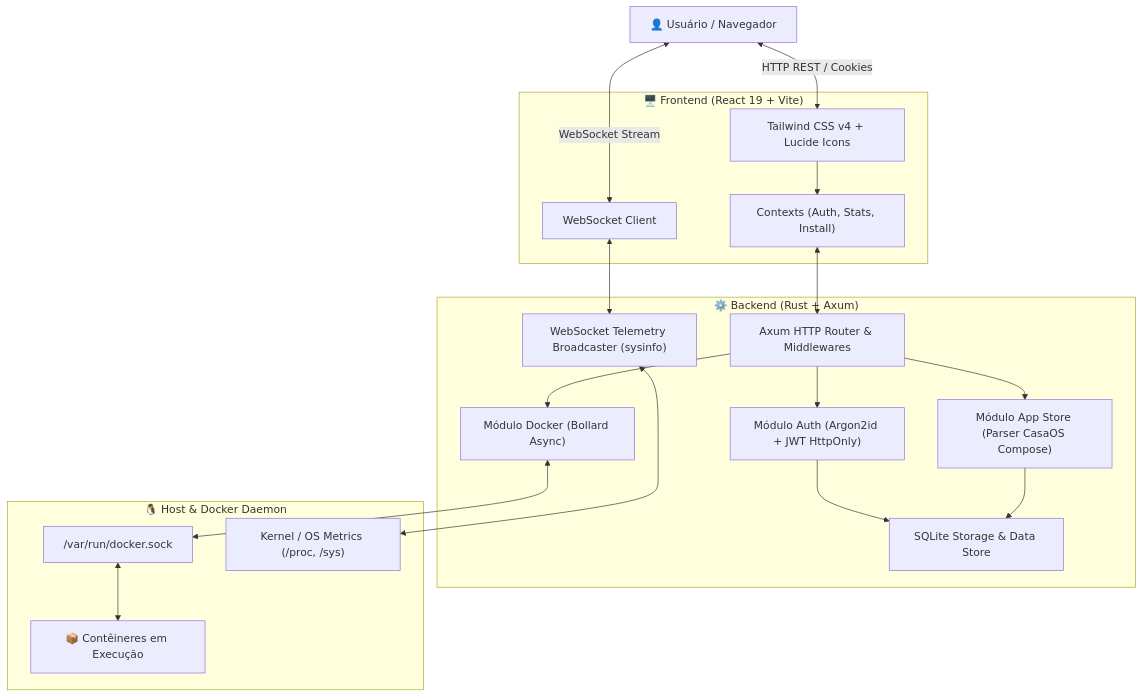
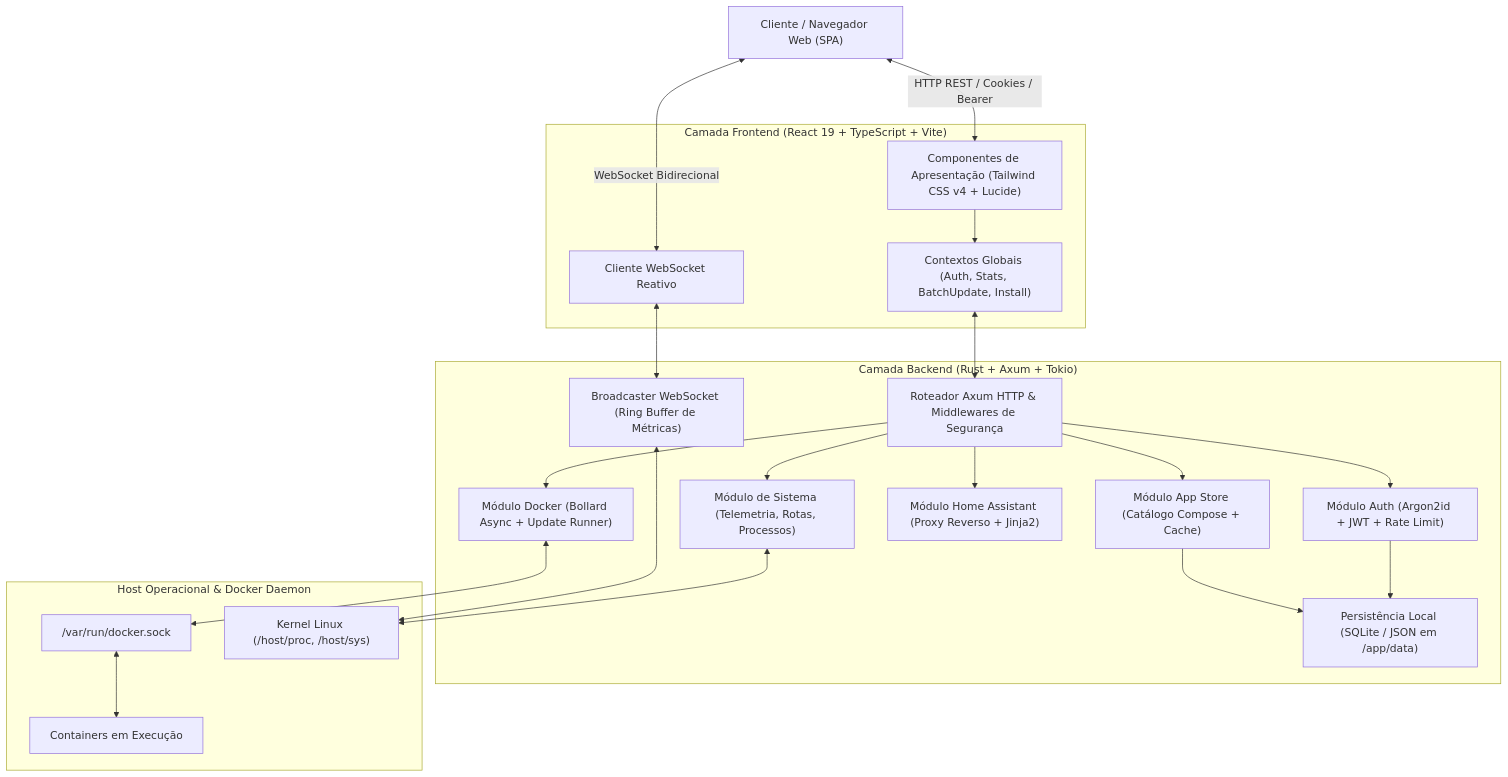
The diagram in docs/ARCHITECTURE.md (Andrevictor20/orbit-dashboard), drawn with Mermaid before and after one commit. The commit also changed other lines of this file and 50 other files, not shown here.

Commit message:
feat(release): upgrade to v2.6.0 - host network telemetry, mobile ergonomics, homelab RAM fallback, dev resource guardrails and technical docs overhaul

````diff
--- a/docs/ARCHITECTURE.md
+++ b/docs/ARCHITECTURE.md
@@ -14,41 +15,46 @@
 ```mermaid
 graph TD
-    User["👤 Usuário / Navegador"]
+    User["Cliente / Navegador Web (SPA)"]
     
-    subgraph Frontend ["🖥️ Frontend (React 19 + Vite)"]
-        UI["Tailwind CSS v4 + Lucide Icons"]
-        State["Contexts (Auth, Stats, Install)"]
-        WSClient["WebSocket Client"]
+    subgraph Frontend ["Camada Frontend (React 19 + TypeScript + Vite)"]
+        UI["Componentes de Apresentação (Tailwind CSS v4 + Lucide)"]
+        State["Contextos Globais (Auth, Stats, BatchUpdate, Install)"]
+        WSClient["Cliente WebSocket Reativo"]
     end
     
-    subgraph Backend ["⚙️ Backend (Rust + Axum)"]
-        Router["Axum HTTP Router & Middlewares"]
-        AuthModule["Módulo Auth (Argon2id + JWT HttpOnly)"]
-        DockerModule["Módulo Docker (Bollard Async)"]
-        StoreModule["Módulo App Store (Parser CasaOS Compose)"]
-        WSHandler["WebSocket Telemetry Broadcaster (sysinfo)"]
-        DB["SQLite Storage & Data Store"]
+    subgraph Backend ["Camada Backend (Rust + Axum + Tokio)"]
+        Router["Roteador Axum HTTP & Middlewares de Segurança"]
+        AuthModule["Módulo Auth (Argon2id + JWT + Rate Limit)"]
+        DockerModule["Módulo Docker (Bollard Async + Update Runner)"]
+        SystemModule["Módulo de Sistema (Telemetria, Rotas, Processos)"]
+        HAModule["Módulo Home Assistant (Proxy Reverso + Jinja2)"]
+        StoreModule["Módulo App Store (Catálogo Compose + Cache)"]
+        WSBroadcaster["Broadcaster WebSocket (Ring Buffer de Métricas)"]
+        Storage["Persistência Local (SQLite / JSON em /app/data)"]
     end
     
-    subgraph HostSystem ["🐧 Host & Docker Daemon"]
+    subgraph HostLinux ["Host Operacional & Docker Daemon"]
         DockerSocket["/var/run/docker.sock"]
-        SysInfo["Kernel / OS Metrics (/proc, /sys)"]
-        Containers["📦 Contêineres em Execução"]
+        ProcFS["Kernel Linux (/host/proc, /host/sys)"]
+        ContainerEng["Containers em Execução"]
     end
 
-    User <-->|HTTP REST / Cookies| UI
-    User <-->|WebSocket Stream| WSClient
+    User <-->|HTTP REST / Cookies / Bearer| UI
+    User <-->|WebSocket Bidirecional| WSClient
     UI --> State
     State <--> Router
-    WSClient <--> WSHandler
+    WSClient <--> WSBroadcaster
     
     Router --> AuthModule
     Router --> DockerModule
+    Router --> SystemModule
+    Router --> HAModule
     Router --> StoreModule
-    AuthModule --> DB
-    StoreModule --> DB
+    AuthModule --> Storage
+    StoreModule --> Storage
     
     DockerModule <--> DockerSocket
-    WSHandler <--> SysInfo
-    DockerSocket <--> Containers
+    SystemModule <--> ProcFS
+    WSBroadcaster <--> ProcFS
+    DockerSocket <--> ContainerEng
 ```
````
